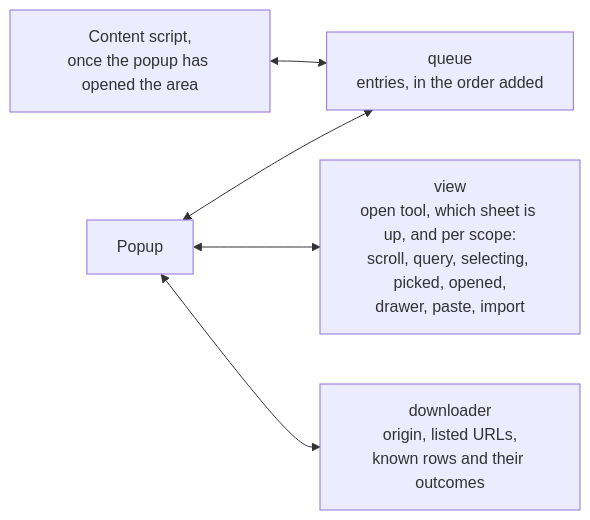
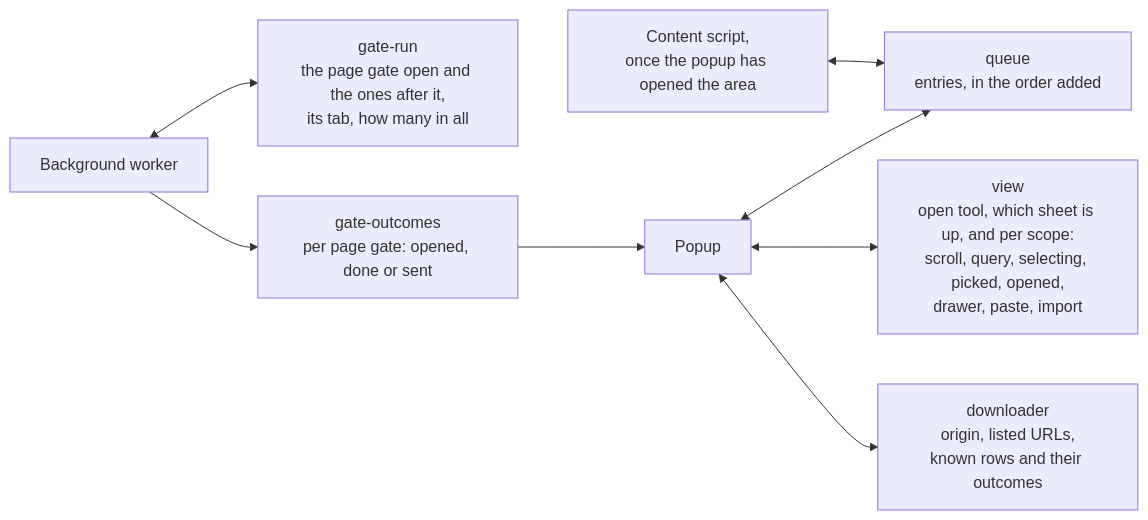
The second of 9 diagrams in apps/localtoolbox/docs/diagrams/state.md (cutenode/localnetwork), drawn with Mermaid before and after one commit. The commit also changed other lines of this file and 58 other files, not shown here.

````diff
--- a/apps/localtoolbox/docs/diagrams/state.md
+++ b/apps/localtoolbox/docs/diagrams/state.md
@@ -45,13 +45,19 @@
 ```mermaid
 flowchart LR
   Content["Content script,<br/>once the popup has opened the area"]
   Popup["Popup"]
   Queue["queue<br/>entries, in the order added"]
   View["view<br/>open tool, which sheet is up, and per scope:<br/>scroll, query, selecting, picked, opened,<br/>drawer, paste, import"]
   Downloader["downloader<br/>origin, listed URLs,<br/>known rows and their outcomes"]
+  Worker["Background worker"]
+  Run["gate-run<br/>the page gate open and the ones after it,<br/>its tab, how many in all"]
+  Outcomes["gate-outcomes<br/>per page gate: opened, done or sent"]
 
   Content <--> Queue
   Popup <--> Queue
   Popup <--> View
   Popup <--> Downloader
+  Worker <--> Run
+  Worker --> Outcomes
+  Outcomes --> Popup
 ```
````
